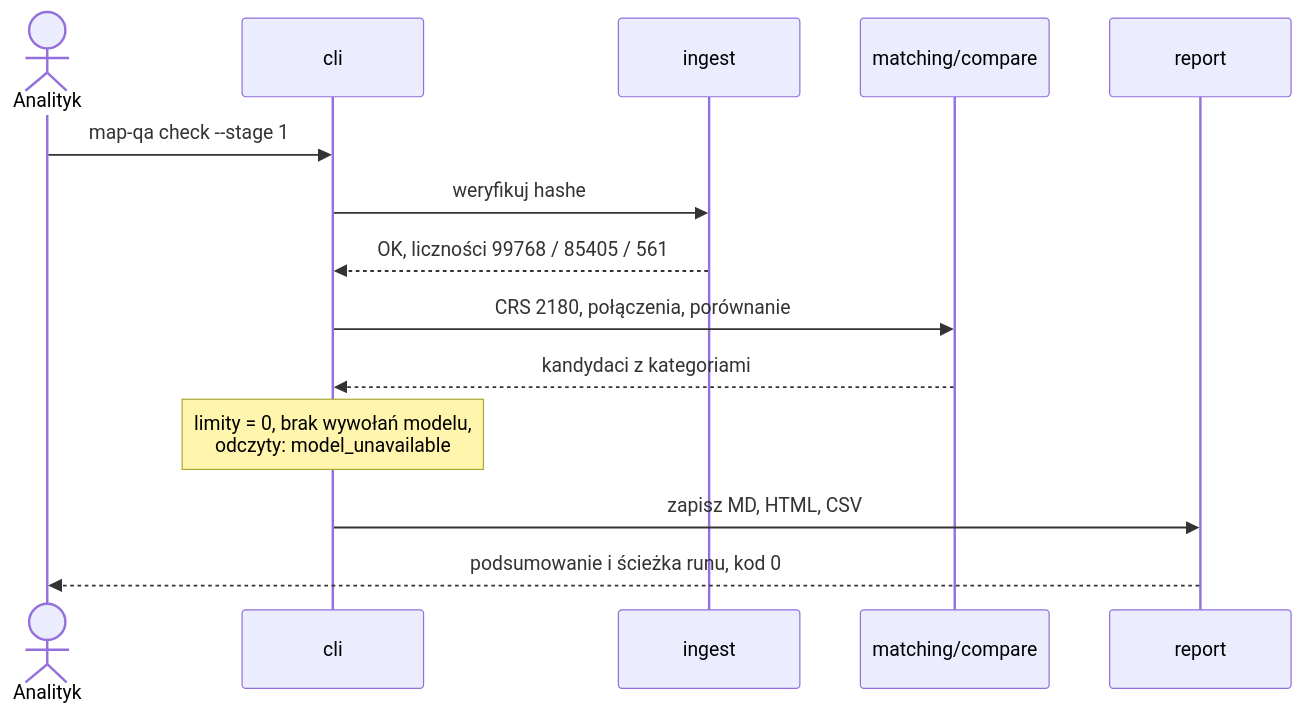
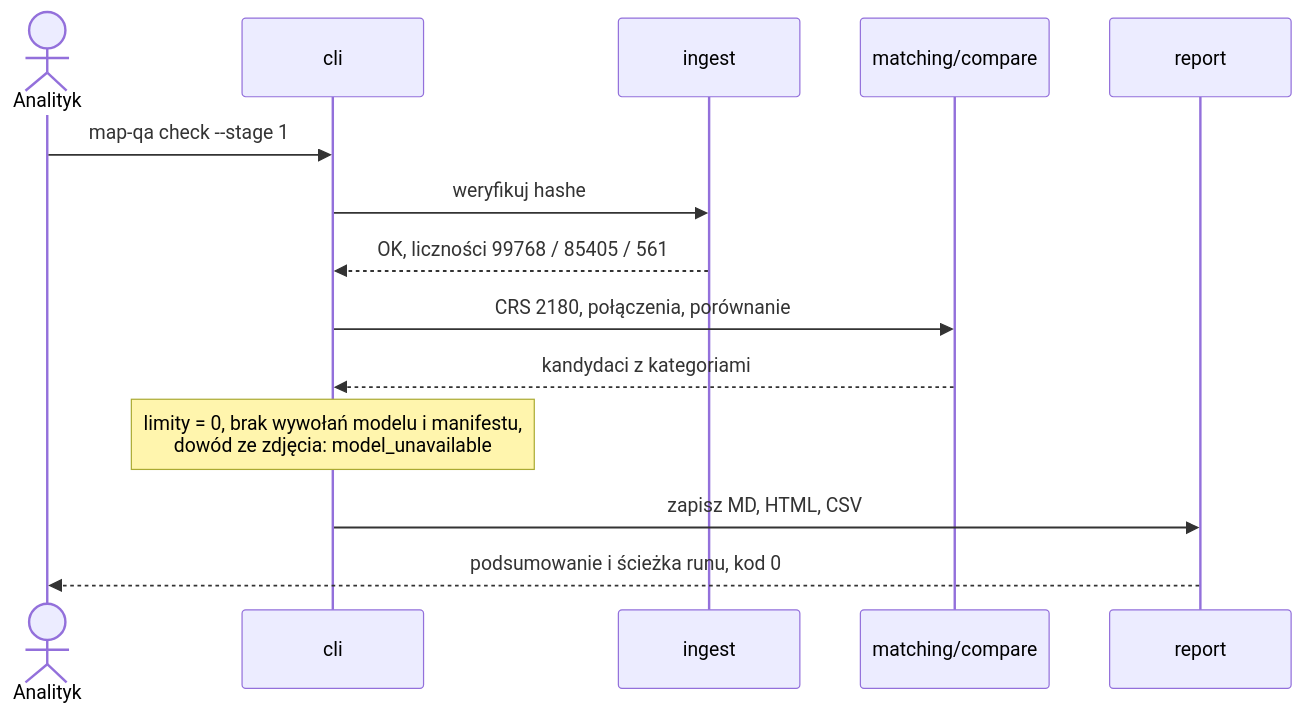
Before and after one commit to marciniaklukasz/jsystems-claude-codex-gis-2026-11: the third of 4 diagrams in docs/ADR/000-main-architecture.md, drawn with Mermaid. The commit also changed other lines of this file and 8 other files, not shown here.

````diff
--- a/docs/ADR/000-main-architecture.md
+++ b/docs/ADR/000-main-architecture.md
@@ -278,16 +283,16 @@
 ```mermaid
 sequenceDiagram
     actor A as Analityk
     participant C as cli
     participant I as ingest
     participant M as matching/compare
     participant R as report
     A->>C: map-qa check --stage 1
     C->>I: weryfikuj hashe
     I-->>C: OK, liczności 99768 / 85405 / 561
     C->>M: CRS 2180, połączenia, porównanie
     M-->>C: kandydaci z kategoriami
-    Note over C: limity = 0, brak wywołań modelu,<br/>odczyty: model_unavailable
+    Note over C: limity = 0, brak wywołań modelu i manifestu,<br/>dowód ze zdjęcia: model_unavailable
     C->>R: zapisz MD, HTML, CSV
     R-->>A: podsumowanie i ścieżka runu, kod 0
 ```
````
